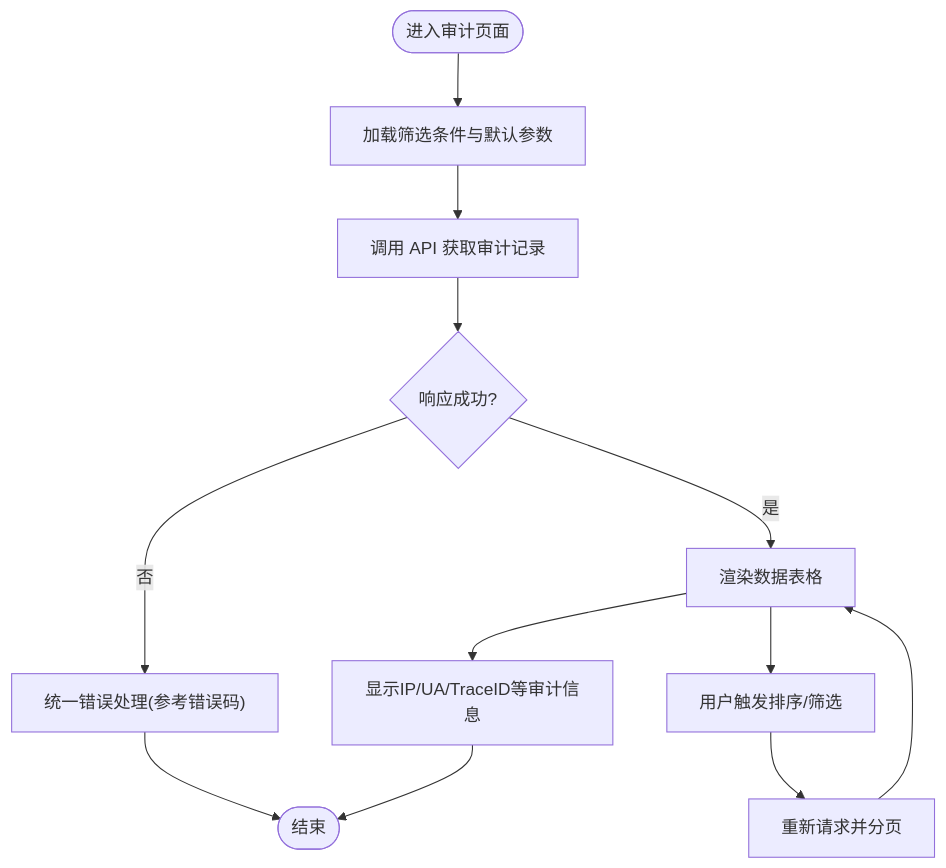
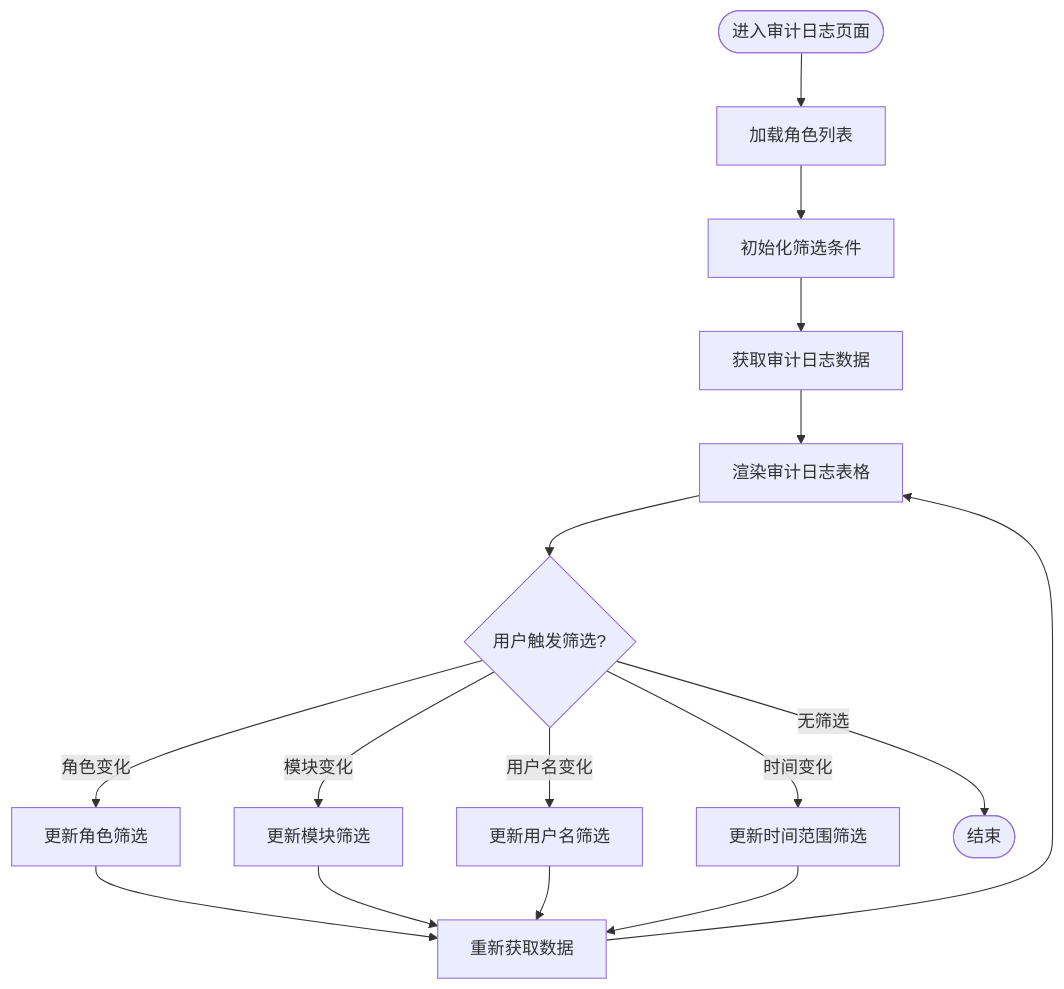
Before and after one commit to Damao997/newproject: the third of 8 diagrams in .qoder/repowiki/zh/content/核心模块/审计日志系统.md, drawn with Mermaid. The commit also changed other lines of this file and 10 other files, not shown here.

````diff
--- a/.qoder/repowiki/zh/content/核心模块/审计日志系统.md
+++ b/.qoder/repowiki/zh/content/核心模块/审计日志系统.md
@@ -198,14 +151,18 @@
 ```mermaid
 flowchart TD
-Start(["进入审计页面"]) --> Load["加载筛选条件与默认参数"]
-Load --> Fetch["调用 API 获取审计记录"]
-Fetch --> Resp{"响应成功?"}
-Resp --> |否| HandleErr["统一错误处理(参考错误码)"]
-HandleErr --> End(["结束"])
-Resp --> |是| Render["渲染数据表格"]
-Render --> Sort["用户触发排序/筛选"]
-Sort --> ReFetch["重新请求并分页"]
-ReFetch --> Render
-Render --> Display["显示IP/UA/TraceID等审计信息"]
-Display --> End
+Start(["进入审计日志页面"]) --> LoadRoles["加载角色列表"]
+LoadRoles --> InitFilters["初始化筛选条件"]
+InitFilters --> FetchData["获取审计日志数据"]
+FetchData --> Display["渲染审计日志表格"]
+Display --> UserFilter{"用户触发筛选?"}
+UserFilter --> |角色变化| UpdateRole["更新角色筛选"]
+UserFilter --> |模块变化| UpdateModule["更新模块筛选"]
+UserFilter --> |用户名变化| UpdateUsername["更新用户名筛选"]
+UserFilter --> |时间变化| UpdateDate["更新时间范围筛选"]
+UpdateRole --> ReFetch["重新获取数据"]
+UpdateModule --> ReFetch
+UpdateUsername --> ReFetch
+UpdateDate --> ReFetch
+ReFetch --> Display
+UserFilter --> |无筛选| End(["结束"])
 ```
````
